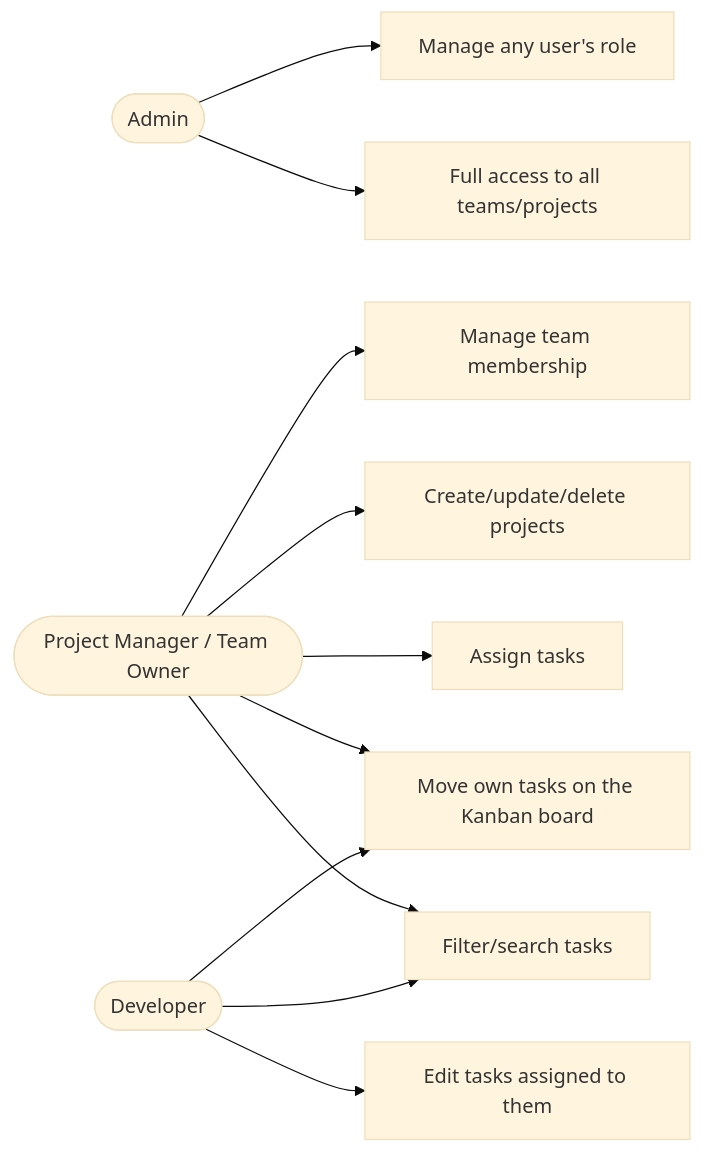
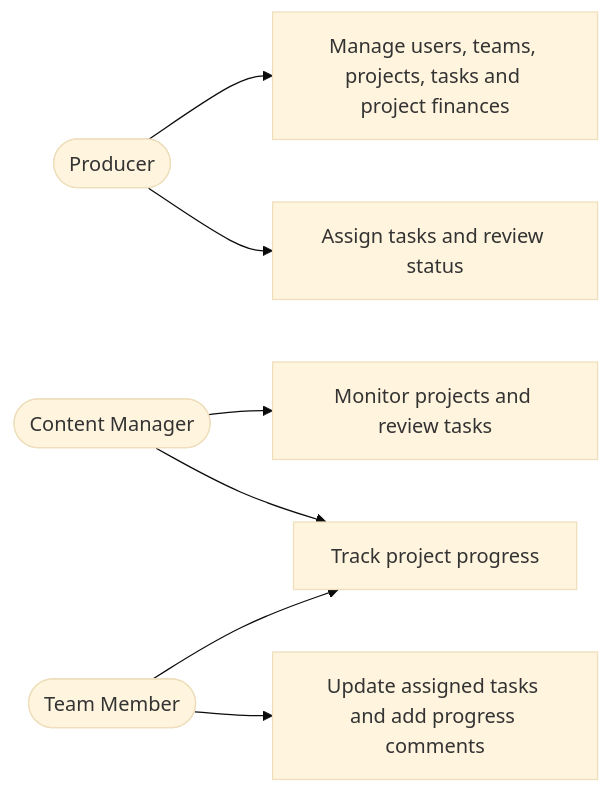
One commit to GuptTmay/mca2-java-production-project-management-tool changed the third of 6 diagrams in ARCHITECTURE.md. Above: the diagram before and after it, drawn with Mermaid (base theme). The commit also changed other lines of this file and 64 other files, not shown here.

````diff
--- a/ARCHITECTURE.md
+++ b/ARCHITECTURE.md
@@ -88,17 +99,13 @@
 ```mermaid
 flowchart LR
-    Admin([Admin])
-    Manager([Project Manager / Team Owner])
-    Dev([Developer])
+    Producer([Producer])
+    ContentManager([Content Manager])
+    TeamMember([Team Member])
 
-    Admin --> UC1[Manage any user's role]
-    Admin --> UC2[Full access to all teams/projects]
-    Manager --> UC3[Manage team membership]
-    Manager --> UC4[Create/update/delete projects]
-    Manager --> UC5[Assign tasks]
-    Dev --> UC6[Move own tasks on the Kanban board]
-    Dev --> UC7[Edit tasks assigned to them]
-    Dev --> UC8[Filter/search tasks]
-    Manager --> UC6
-    Manager --> UC8
+    Producer --> UC1[Manage users, teams, projects, tasks and project finances]
+    Producer --> UC2[Assign tasks and review status]
+    ContentManager --> UC3[Monitor projects and review tasks]
+    TeamMember --> UC4[Update assigned tasks and add progress comments]
+    ContentManager --> UC5[Track project progress]
+    TeamMember --> UC5
 ```
````
